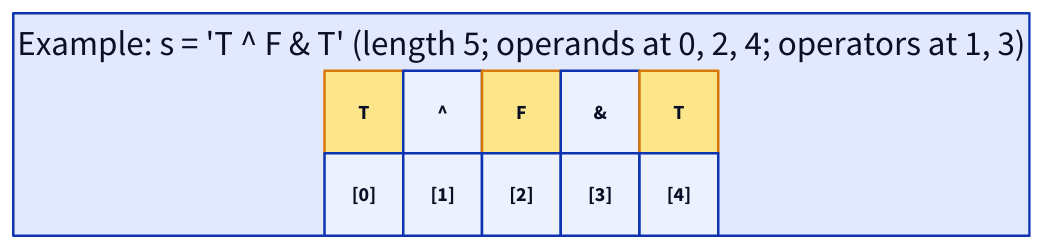
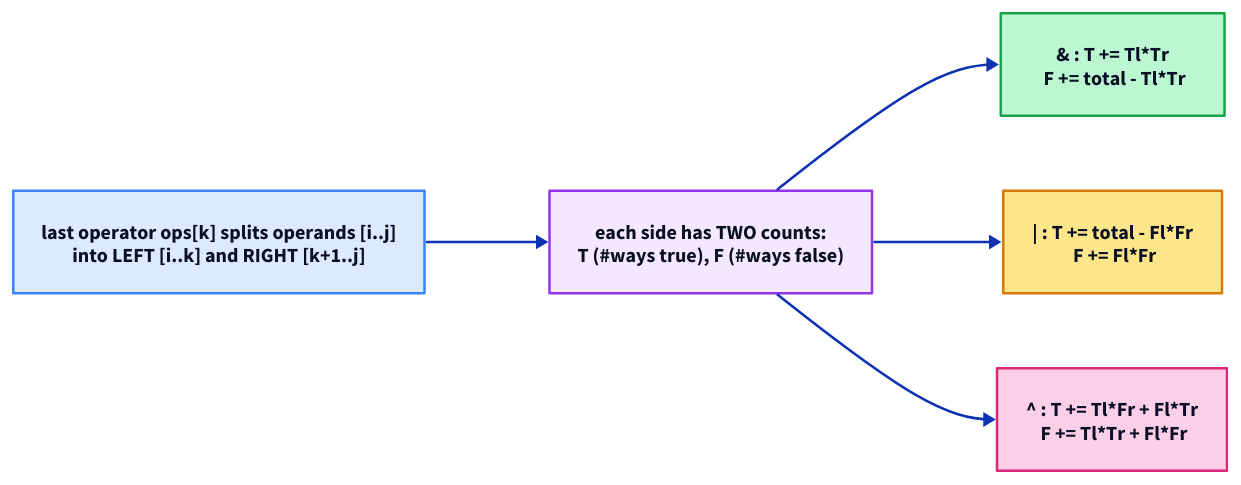
One commit to ani2fun/codefolio changed the diagram in content/cortex/data-structures-and-algorithms/05-algorithms-by-strategy/05-dynamic-programming/13-boolean-parenthesization.md. Above: the diagram before and after it, drawn with D2. The commit also changed other lines of this file and 1049 other files, not shown here.

````diff
--- a/content/cortex/data-structures-and-algorithms/05-algorithms-by-strategy/05-dynamic-programming/13-boolean-parenthesization.md
+++ b/content/cortex/data-structures-and-algorithms/05-algorithms-by-strategy/05-dynamic-programming/13-boolean-parenthesization.md
@@ -26,18 +87,12 @@
 ```d2
 direction: right
-ex: "Example: s = 'T ^ F & T' (length 5; operands at 0, 2, 4; operators at 1, 3)" {
-  grid-rows: 2
-  grid-columns: 5
-  grid-gap: 0
-  c0: "T" {style.fill: "#fde68a"; style.stroke: "#d97706"}
-  c1: "^"
-  c2: "F" {style.fill: "#fde68a"; style.stroke: "#d97706"}
-  c3: "&"
-  c4: "T" {style.fill: "#fde68a"; style.stroke: "#d97706"}
-  l0: "[0]"
-  l1: "[1]"
-  l2: "[2]"
-  l3: "[3]"
-  l4: "[4]"
-}
+split: "last operator ops[k] splits operands [i..j]\ninto LEFT [i..k]  and  RIGHT [k+1..j]" {style.fill: "#dbeafe"; style.stroke: "#3b82f6"}
+need: "each side has TWO counts:\nT (#ways true), F (#ways false)" {style.fill: "#f3e8ff"; style.stroke: "#9333ea"}
+andOp: "& : T += Tl*Tr\n      F += total - Tl*Tr" {style.fill: "#bbf7d0"; style.stroke: "#16a34a"}
+orOp:  "| : T += total - Fl*Fr\n      F += Fl*Fr" {style.fill: "#fde68a"; style.stroke: "#d97706"}
+xorOp: "^ : T += Tl*Fr + Fl*Tr\n      F += Tl*Tr + Fl*Fr" {style.fill: "#fbcfe8"; style.stroke: "#db2777"}
+split -> need
+need -> andOp
+need -> orOp
+need -> xorOp
 ```
````
